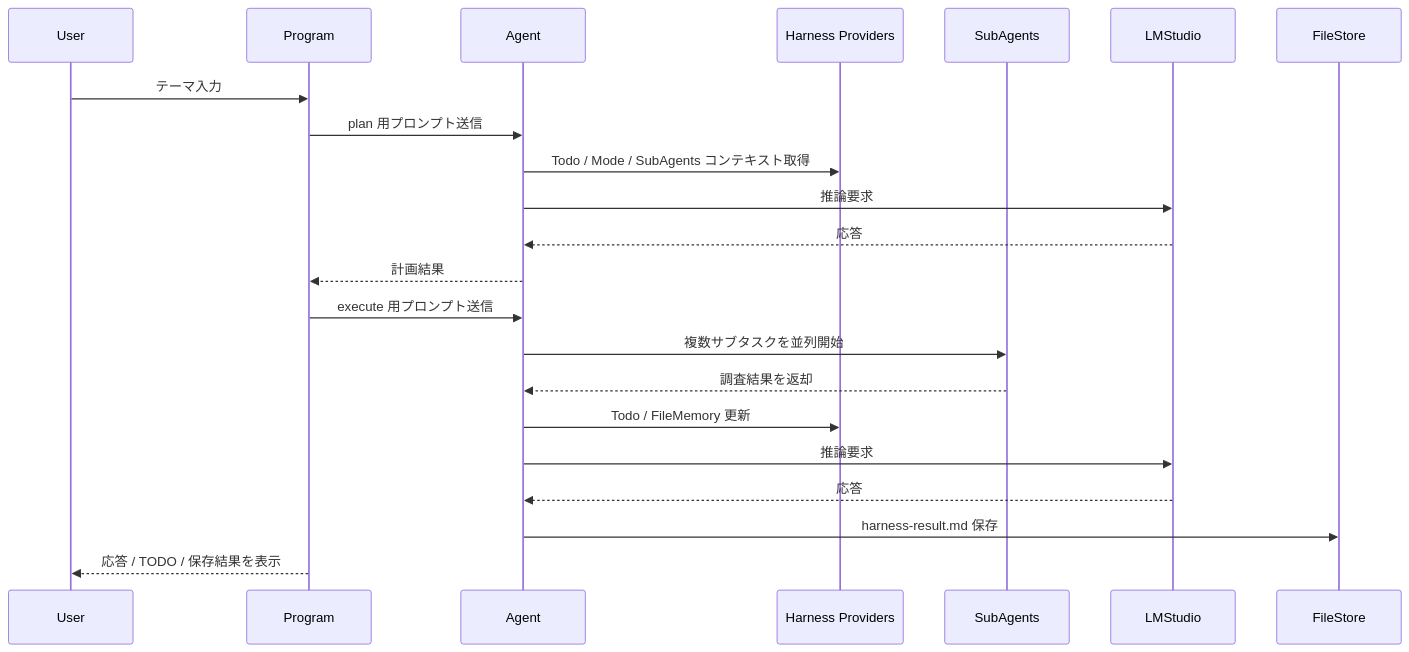
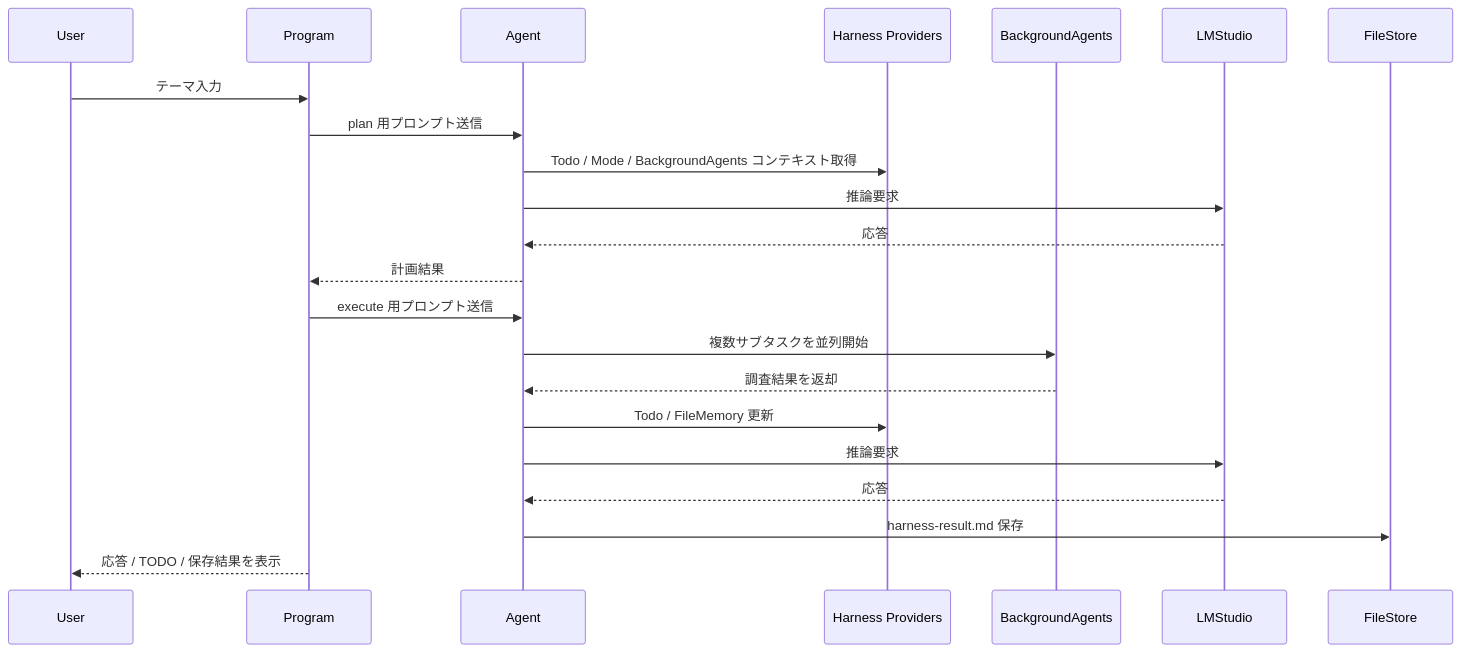
One commit to yy7613/HarnessSample changed the second of 2 diagrams in docs/harness-sample-spec.md. Above: the diagram before and after it, drawn with Mermaid. The commit also changed other lines of this file and 7 other files, not shown here.

````diff
--- a/docs/harness-sample-spec.md
+++ b/docs/harness-sample-spec.md
@@ -70,25 +70,25 @@
 ```mermaid
 sequenceDiagram
     participant User
     participant Program
     participant Agent
     participant Providers as Harness Providers
-    participant SubAgents
+    participant BackgroundAgents
     participant LMStudio
     participant FileStore
 
     User->>Program: テーマ入力
     Program->>Agent: plan 用プロンプト送信
-    Agent->>Providers: Todo / Mode / SubAgents コンテキスト取得
+    Agent->>Providers: Todo / Mode / BackgroundAgents コンテキスト取得
     Agent->>LMStudio: 推論要求
     LMStudio-->>Agent: 応答
     Agent-->>Program: 計画結果
     Program->>Agent: execute 用プロンプト送信
-    Agent->>SubAgents: 複数サブタスクを並列開始
-    SubAgents-->>Agent: 調査結果を返却
+    Agent->>BackgroundAgents: 複数サブタスクを並列開始
+    BackgroundAgents-->>Agent: 調査結果を返却
     Agent->>Providers: Todo / FileMemory 更新
     Agent->>LMStudio: 推論要求
     LMStudio-->>Agent: 応答
     Agent->>FileStore: harness-result.md 保存
     Program-->>User: 応答 / TODO / 保存結果を表示
 ```
````
